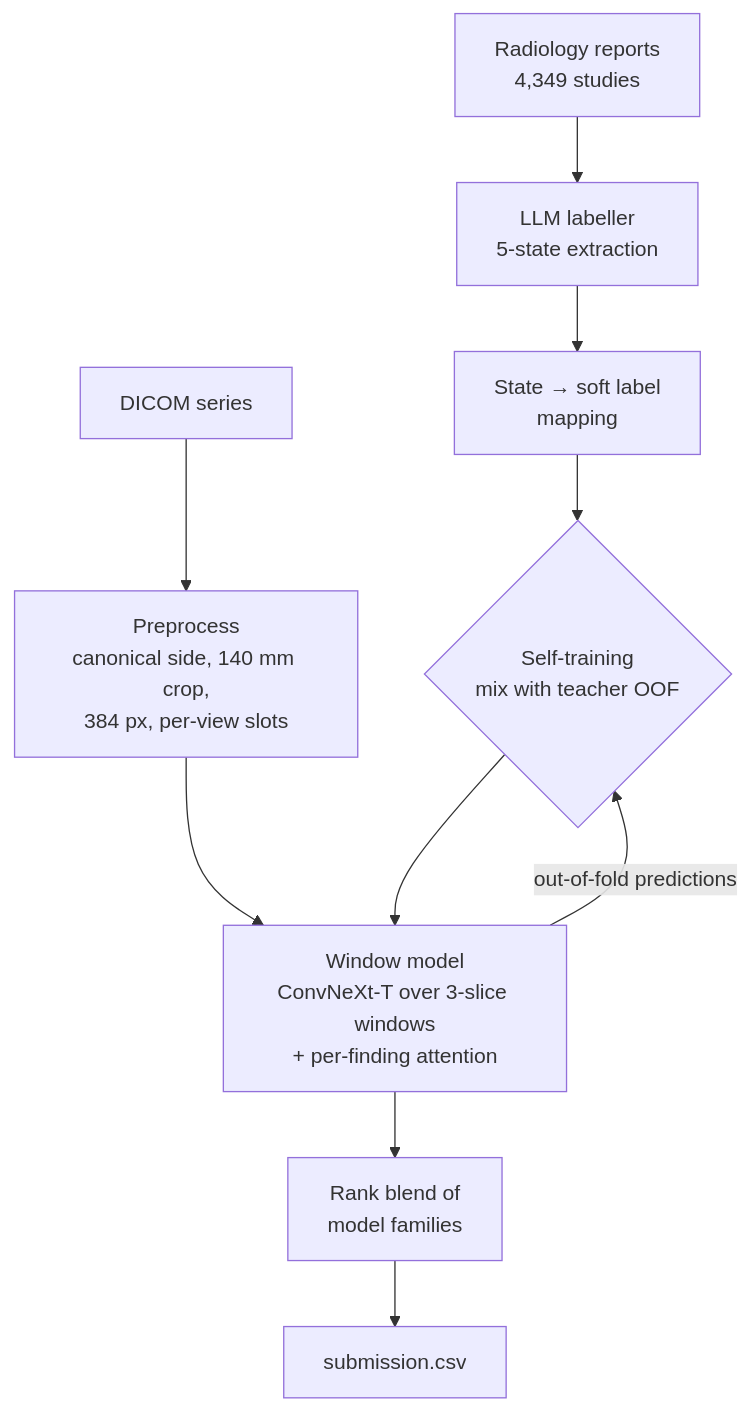
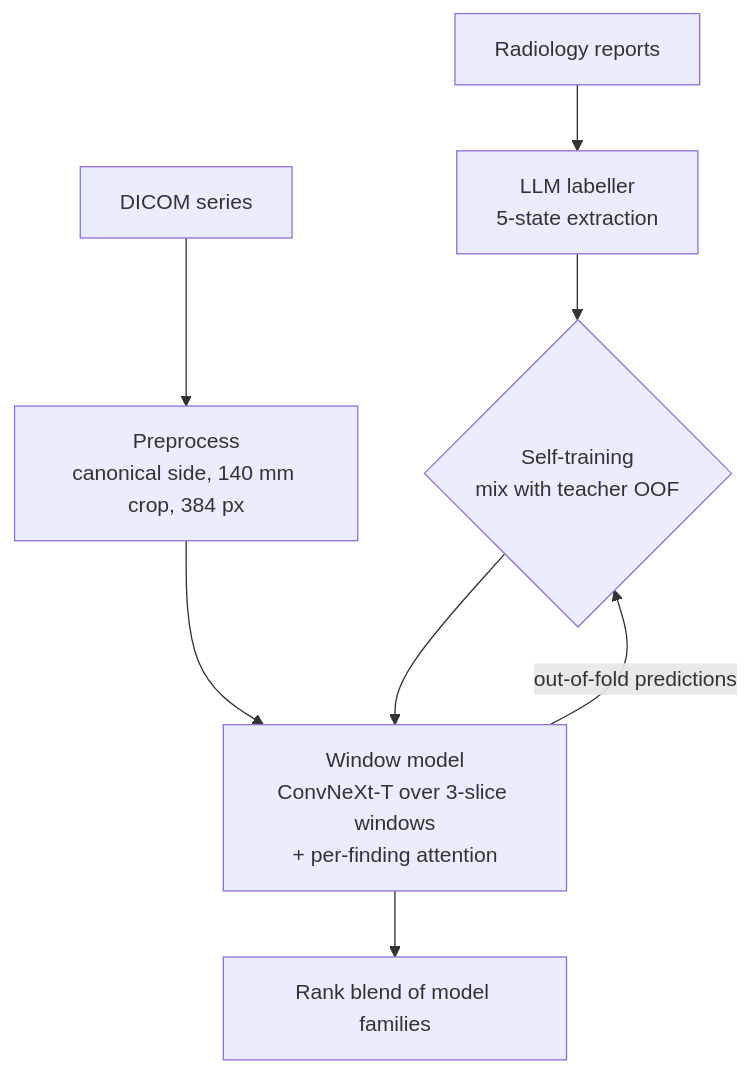
The diagram in README.md (sarveshjnikas/rsna-knee-abnormality), drawn with Mermaid before and after one commit. The commit also changed other lines of this file and 11 other files, not shown here.

````diff
--- a/README.md
+++ b/README.md
@@ -31,12 +18,10 @@
 ```mermaid
 flowchart TD
-    R[Radiology reports<br/>4,349 studies] --> L[LLM labeller<br/>5-state extraction]
-    L --> M[State → soft label<br/>mapping]
-    M --> ST{Self-training<br/>mix with teacher OOF}
-    D[DICOM series] --> P[Preprocess<br/>canonical side, 140 mm crop,<br/>384 px, per-view slots]
+    R[Radiology reports] --> L[LLM labeller<br/>5-state extraction]
+    L --> ST{Self-training<br/>mix with teacher OOF}
+    D[DICOM series] --> P[Preprocess<br/>canonical side, 140 mm crop, 384 px]
     P --> W[Window model<br/>ConvNeXt-T over 3-slice windows<br/>+ per-finding attention]
     ST --> W
     W -- out-of-fold predictions --> ST
-    W --> B[Rank blend of<br/>model families]
-    B --> S[submission.csv]
+    W --> B[Rank blend of model families]
 ```
````
